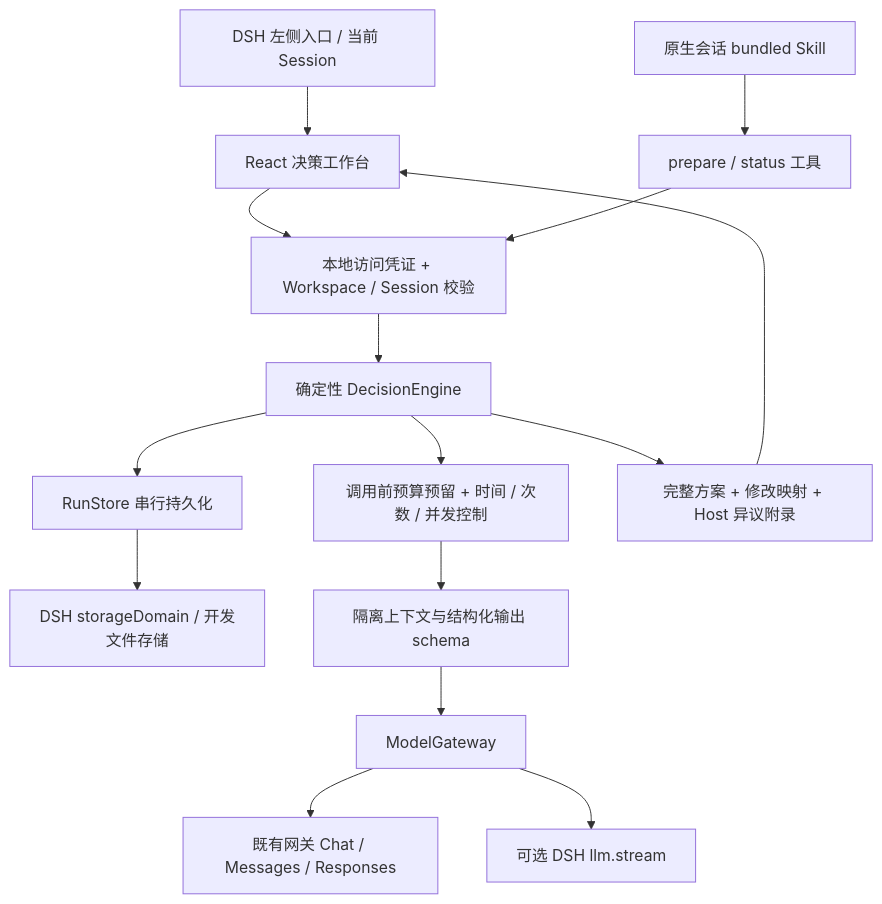
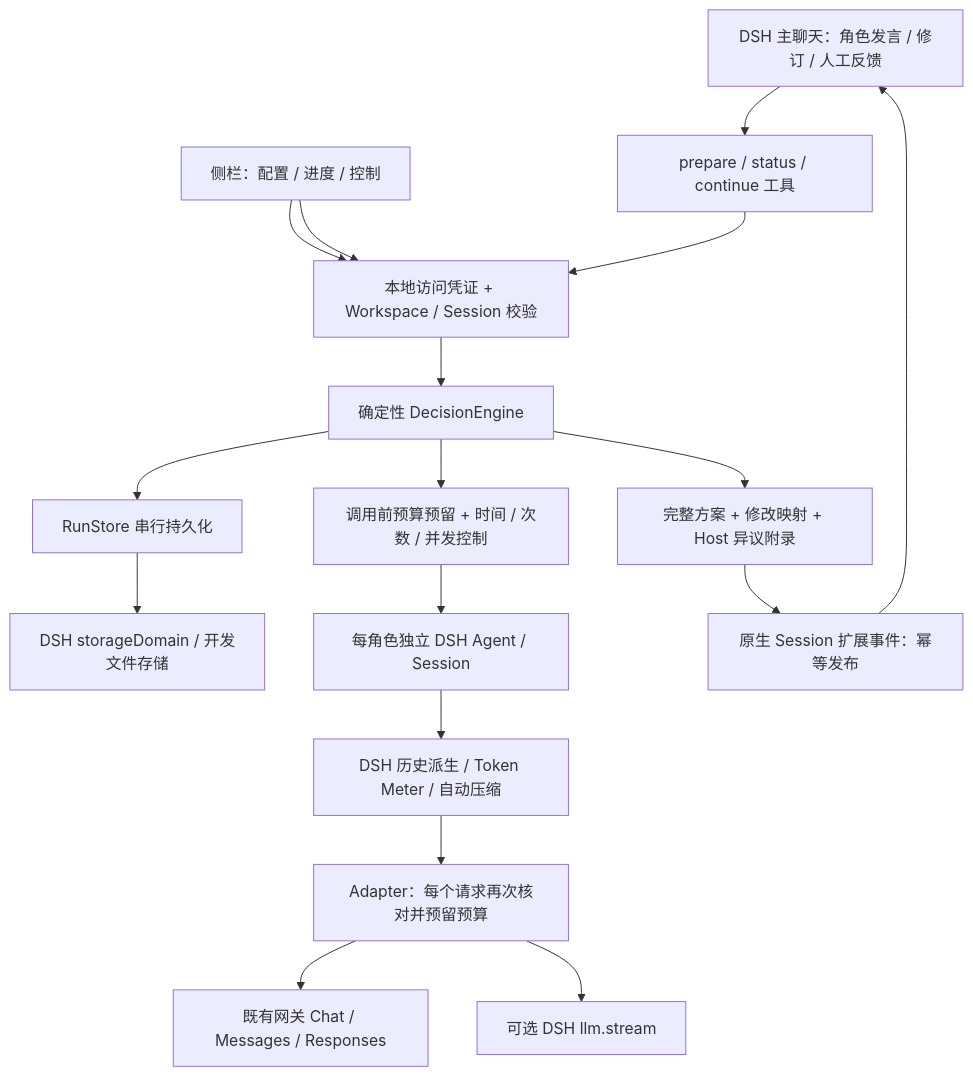
Before and after one commit to JinhangShi/dsh-decision-room: the diagram in docs/ARCHITECTURE.md, drawn with Mermaid. The commit also changed other lines of this file and 24 other files, not shown here.

````diff
--- a/docs/ARCHITECTURE.md
+++ b/docs/ARCHITECTURE.md
@@ -3,17 +3,19 @@
 ```mermaid
 flowchart TD
-  D[DSH 左侧入口 / 当前 Session] --> U[React 决策工作台]
-  N[原生会话 bundled Skill] --> T[prepare / status 工具]
+  D[DSH 主聊天：角色发言 / 修订 / 人工反馈] --> T[prepare / status / continue 工具]
+  U[侧栏：配置 / 进度 / 控制] --> H
   U --> H[本地访问凭证 + Workspace / Session 校验]
   T --> H
   H --> E[确定性 DecisionEngine]
   E --> S[RunStore 串行持久化]
   S --> SD[DSH storageDomain / 开发文件存储]
   E --> B[调用前预算预留 + 时间 / 次数 / 并发控制]
-  B --> P[隔离上下文与结构化输出 schema]
-  P --> G[ModelGateway]
+  B --> P[每角色独立 DSH Agent / Session]
+  P --> C[DSH 历史派生 / Token Meter / 自动压缩]
+  C --> G[Adapter：每个请求再次核对并预留预算]
   G --> HTTP[既有网关 Chat / Messages / Responses]
   G --> L[可选 DSH llm.stream]
   E --> R[完整方案 + 修改映射 + Host 异议附录]
-  R --> U
+  R --> M[原生 Session 扩展事件：幂等发布]
+  M --> D
 ```
````
